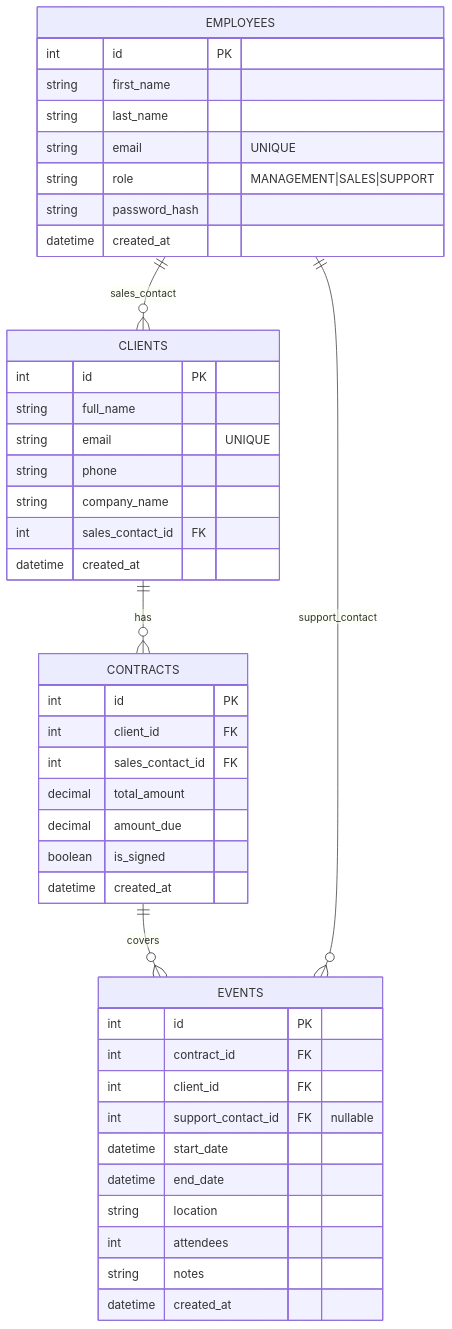
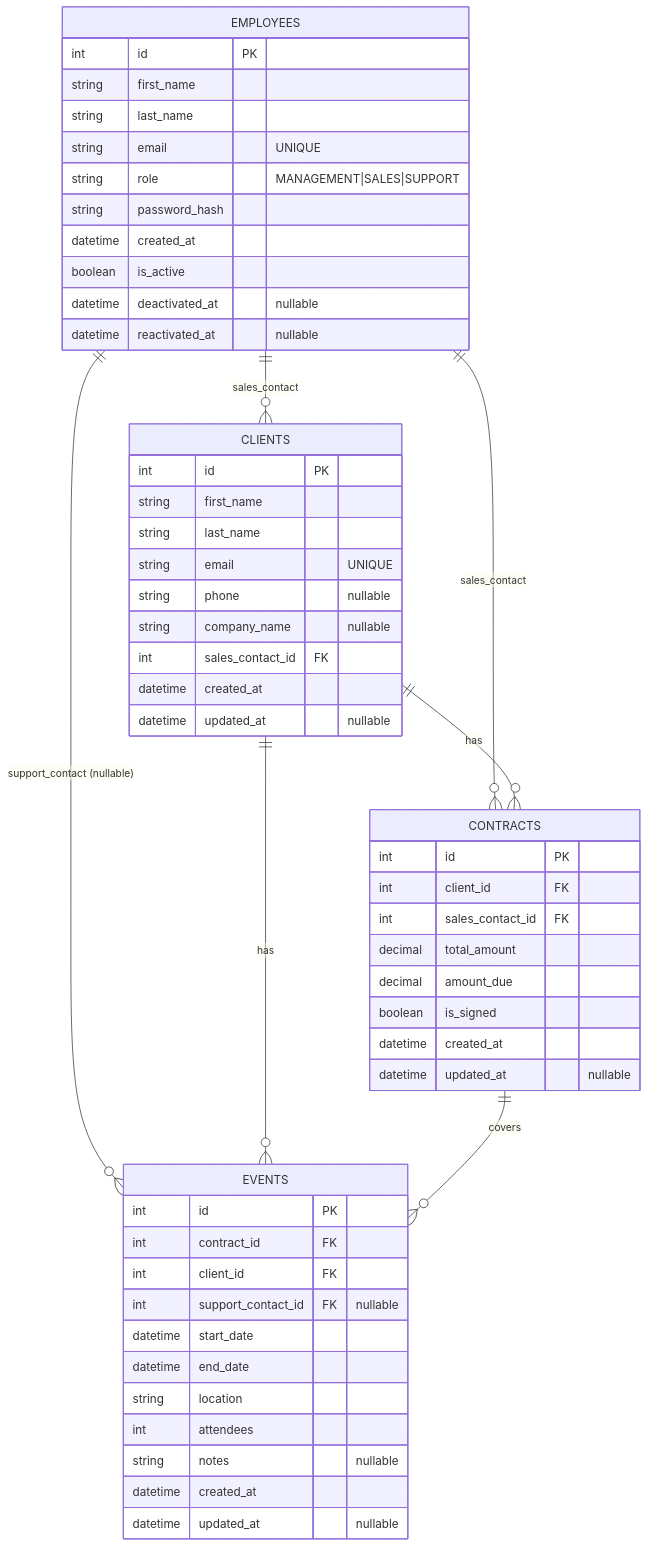
Before and after one commit to NZT48DEV/Projet_12_OC_SQL: the diagram in docs/erd.mmd, drawn with Mermaid. The commit also changed 1 other file, not shown here.

```diff
--- a/docs/erd.mmd
+++ b/docs/erd.mmd
@@ -1,48 +1,57 @@
 erDiagram
     EMPLOYEES ||--o{ CLIENTS : "sales_contact"
+    EMPLOYEES ||--o{ CONTRACTS : "sales_contact"
+    EMPLOYEES ||--o{ EVENTS : "support_contact (nullable)"
     CLIENTS   ||--o{ CONTRACTS : "has"
+    CLIENTS   ||--o{ EVENTS : "has"
     CONTRACTS ||--o{ EVENTS : "covers"
-    EMPLOYEES ||--o{ EVENTS : "support_contact"
 
     EMPLOYEES {
       int id PK
       string first_name
       string last_name
       string email "UNIQUE"
       string role "MANAGEMENT|SALES|SUPPORT"
       string password_hash
       datetime created_at
+      boolean is_active
+      datetime deactivated_at "nullable"
+      datetime reactivated_at "nullable"
     }
 
     CLIENTS {
       int id PK
-      string full_name
+      string first_name
+      string last_name
       string email "UNIQUE"
-      string phone
-      string company_name
+      string phone "nullable"
+      string company_name "nullable"
       int sales_contact_id FK
       datetime created_at
+      datetime updated_at "nullable"
     }
 
     CONTRACTS {
       int id PK
       int client_id FK
       int sales_contact_id FK
       decimal total_amount
       decimal amount_due
       boolean is_signed
       datetime created_at
+      datetime updated_at "nullable"
     }
 
     EVENTS {
       int id PK
       int contract_id FK
       int client_id FK
       int support_contact_id FK "nullable"
       datetime start_date
       datetime end_date
       string location
       int attendees
-      string notes
+      string notes "nullable"
       datetime created_at
+      datetime updated_at "nullable"
     }
```
